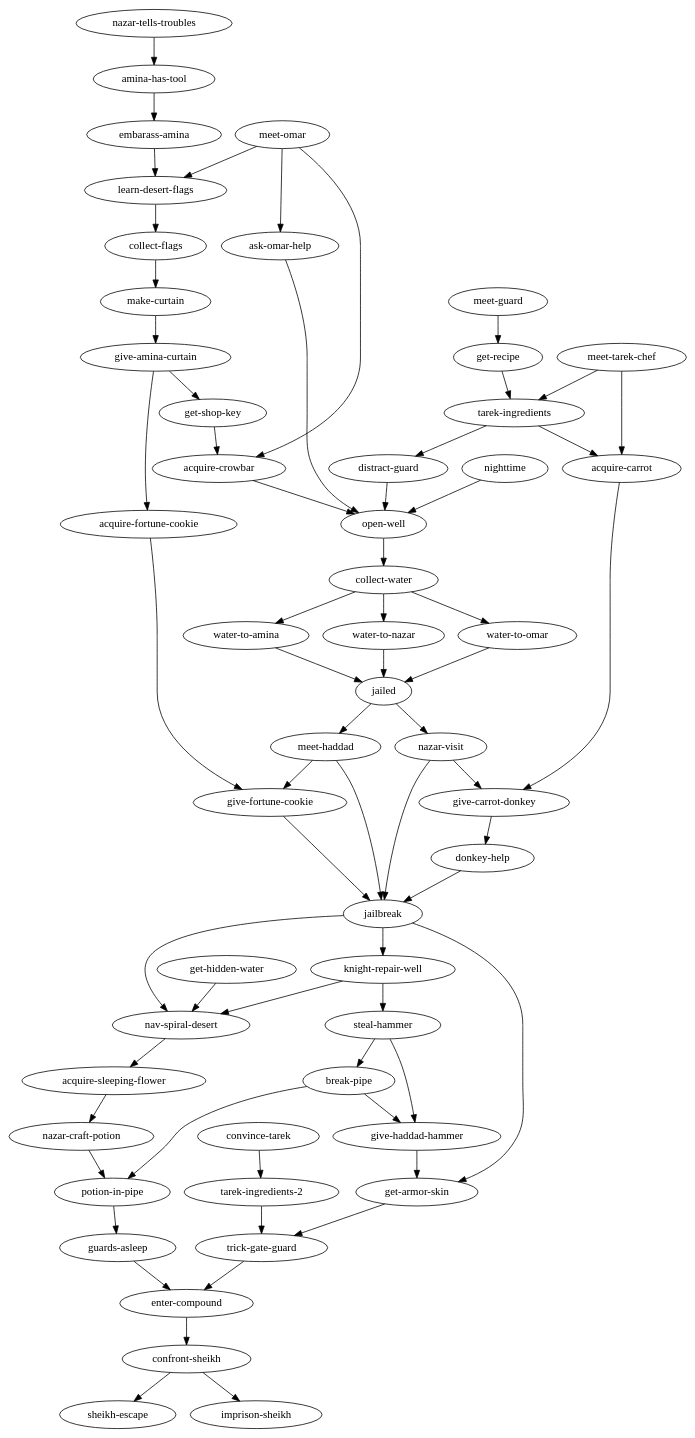
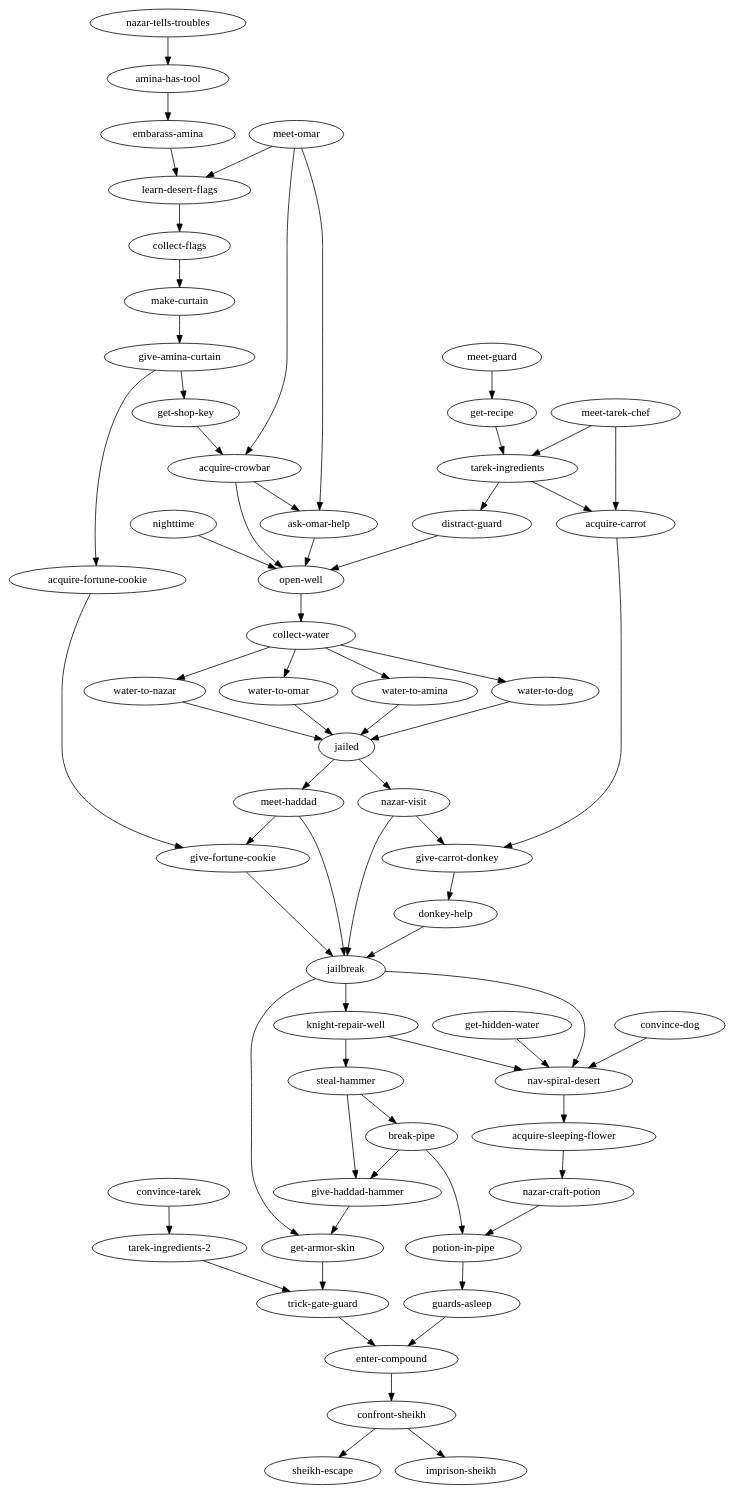
Before and after one commit to amoffat/getlost-level-template: the diagram in level/outline.dot, drawn with Graphviz. The commit also changed 12 other files, not shown here.

```diff
--- a/level/outline.dot
+++ b/level/outline.dot
@@ -1,65 +1,69 @@
 digraph BloodFeud {
     "nazar-tells-troubles" -> "amina-has-tool";
     "amina-has-tool" -> "embarass-amina";
     "get-armor-skin" -> "trick-gate-guard";
     "convince-tarek" -> "tarek-ingredients-2";
     "tarek-ingredients-2" -> "trick-gate-guard";
     "trick-gate-guard" -> "enter-compound";
     "embarass-amina" -> "learn-desert-flags";
     "meet-omar" -> "learn-desert-flags";
     "meet-omar" -> "ask-omar-help";
     "learn-desert-flags" -> "collect-flags";
     "collect-flags" -> "make-curtain";
     "make-curtain" -> "give-amina-curtain";
     "meet-omar" -> "acquire-crowbar";
     "get-shop-key" -> "acquire-crowbar";
     "water-to-nazar" -> "jailed";
     "water-to-omar" -> "jailed";
     "water-to-amina" -> "jailed";
+    "water-to-dog" -> "jailed";
     "jailed" -> "meet-haddad";
     "meet-tarek-chef" -> "acquire-carrot";
     "meet-tarek-chef" -> "tarek-ingredients";
     "get-recipe" -> "tarek-ingredients";
     "meet-guard" -> "get-recipe";
     "tarek-ingredients" -> "acquire-carrot";
     "acquire-carrot" -> "give-carrot-donkey";
     "nazar-visit" -> "give-carrot-donkey";
     "give-carrot-donkey" -> "donkey-help";
     "donkey-help" -> "jailbreak";
     "meet-haddad" -> "jailbreak";
     "acquire-fortune-cookie" -> "give-fortune-cookie";
     "give-fortune-cookie" -> "jailbreak";
     "meet-haddad" -> "give-fortune-cookie";
     "give-amina-curtain" -> "get-shop-key";
     "give-amina-curtain" -> "acquire-fortune-cookie";
     "collect-water" -> "water-to-omar";
     "collect-water" -> "water-to-amina";
     "collect-water" -> "water-to-nazar";
+    "collect-water" -> "water-to-dog";
     "jailbreak" -> "get-armor-skin";
     "ask-omar-help" -> "open-well";
     "nighttime" -> "open-well";
     "tarek-ingredients" -> "distract-guard";
     "distract-guard" -> "open-well";
     "open-well" -> "collect-water";
     "jailbreak" -> "knight-repair-well";
     "knight-repair-well" -> "steal-hammer";
     "acquire-crowbar" -> "open-well";
+    "acquire-crowbar" -> "ask-omar-help";
     "jailed" -> "nazar-visit";
     "nazar-visit" -> "jailbreak";
+    "convince-dog" -> "nav-spiral-desert";
     "get-hidden-water" -> "nav-spiral-desert";
     "jailbreak" -> "nav-spiral-desert";
     "knight-repair-well" -> "nav-spiral-desert";
     "nav-spiral-desert" -> "acquire-sleeping-flower";
     "steal-hammer" -> "give-haddad-hammer";
     "give-haddad-hammer" -> "get-armor-skin";
     "steal-hammer" -> "break-pipe";
     "break-pipe" -> "give-haddad-hammer";
     "break-pipe" -> "potion-in-pipe";
     "potion-in-pipe" -> "guards-asleep";
     "nazar-craft-potion" -> "potion-in-pipe";
     "acquire-sleeping-flower" -> "nazar-craft-potion";
     "guards-asleep" -> "enter-compound";
     "enter-compound" -> "confront-sheikh";
     "confront-sheikh" -> "sheikh-escape";
     "confront-sheikh" -> "imprison-sheikh";
 }
```
